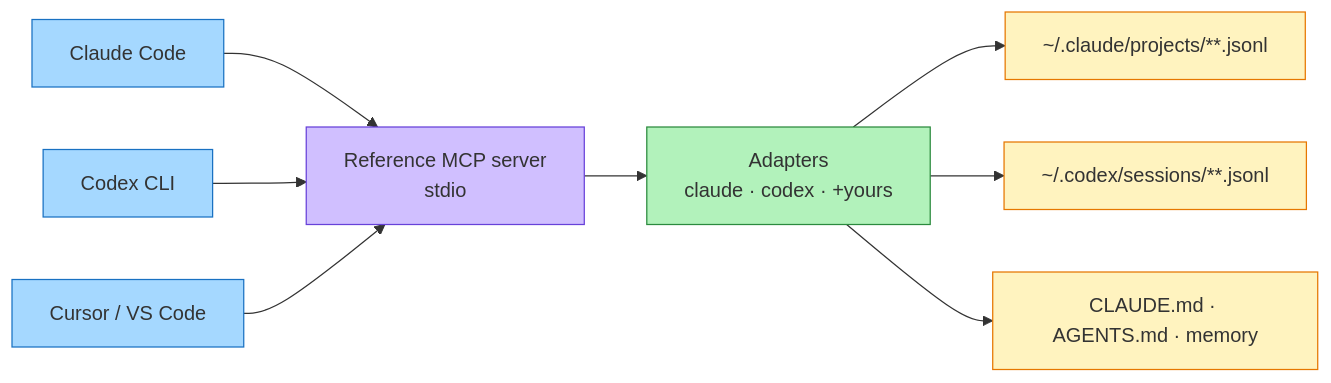
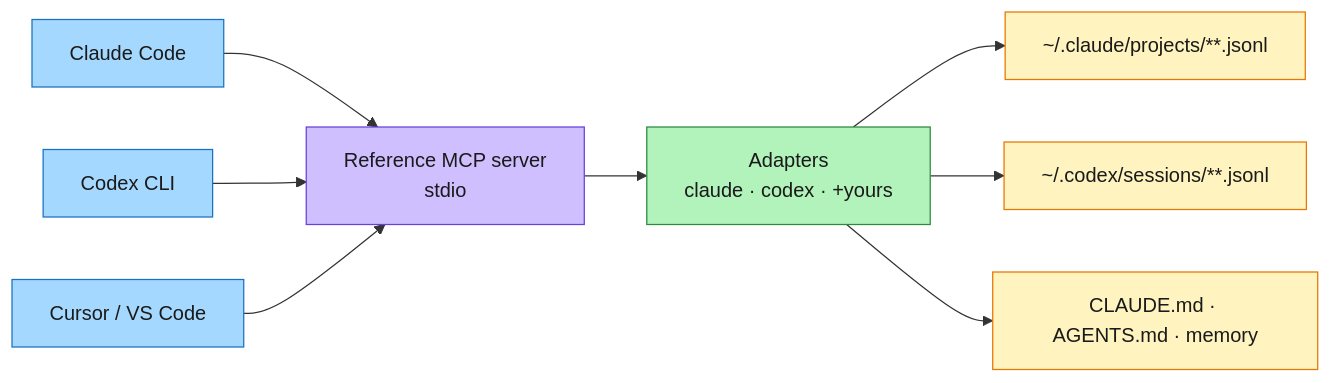
One commit to GithubAnant/reference changed the diagram in README.md. Above: the diagram before and after it, drawn with Mermaid.

Commit message:
fix: set dark text color on mermaid diagram nodes
The flowchart classDefs set fill colors but no text color, so on
dark-theme GitHub the light node labels were nearly invisible against
the light fills. Add color:#1a1a1a to each classDef.

````diff
--- a/README.md
+++ b/README.md
@@ -87,14 +87,14 @@
 ```mermaid
 flowchart LR
     A1[Claude Code]:::a --> S
     A2[Codex CLI]:::a --> S
     A3[Cursor / VS Code]:::a --> S
     S[Reference MCP server<br/>stdio]:::s --> AD[Adapters<br/>claude · codex · +yours]:::d
     AD --> ST1[~/.claude/projects/**.jsonl]:::st
     AD --> ST2[~/.codex/sessions/**.jsonl]:::st
     AD --> ST3[CLAUDE.md · AGENTS.md · memory]:::st
-    classDef a fill:#a5d8ff,stroke:#1971c2;
-    classDef s fill:#d0bfff,stroke:#6741d9;
-    classDef d fill:#b2f2bb,stroke:#2b8a3e;
-    classDef st fill:#fff3bf,stroke:#e67700;
+    classDef a fill:#a5d8ff,stroke:#1971c2,color:#1a1a1a;
+    classDef s fill:#d0bfff,stroke:#6741d9,color:#1a1a1a;
+    classDef d fill:#b2f2bb,stroke:#2b8a3e,color:#1a1a1a;
+    classDef st fill:#fff3bf,stroke:#e67700,color:#1a1a1a;
 ```
````
